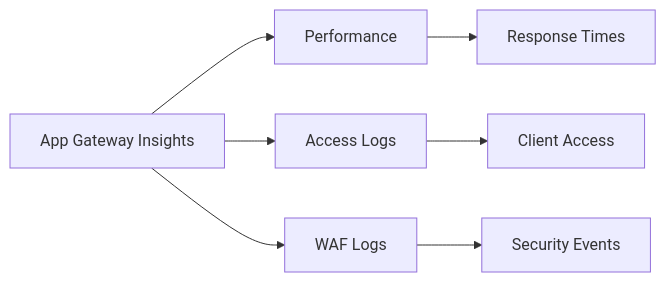
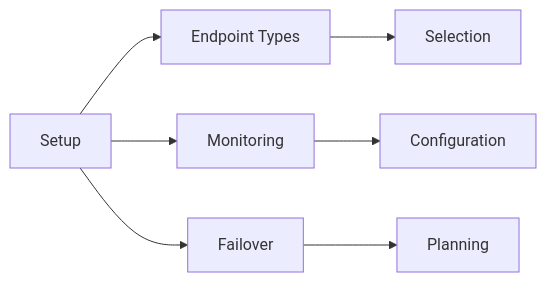
Before and after one commit to saravanakumarrc/Architecture_Journey: diagram 12 of 18 in src/azure/az-104/Load_Balancing.md, drawn with Mermaid. The commit also changed other lines of this file and 6 other files, not shown here.

````diff
--- a/src/azure/az-104/Load_Balancing.md
+++ b/src/azure/az-104/Load_Balancing.md
@@ -182,10 +207,10 @@
 ```mermaid
 graph LR
-    A[App Gateway Insights] --> B[Performance]
-    A --> C[Access Logs]
-    A --> D[WAF Logs]
+    A[Setup] --> B[Endpoint Types]
+    A --> C[Monitoring]
+    A --> D[Failover]
     
-    B --> E[Response Times]
-    C --> F[Client Access]
-    D --> G[Security Events]
+    B --> E[Selection]
+    C --> F[Configuration]
+    D --> G[Planning]
 ```
````
